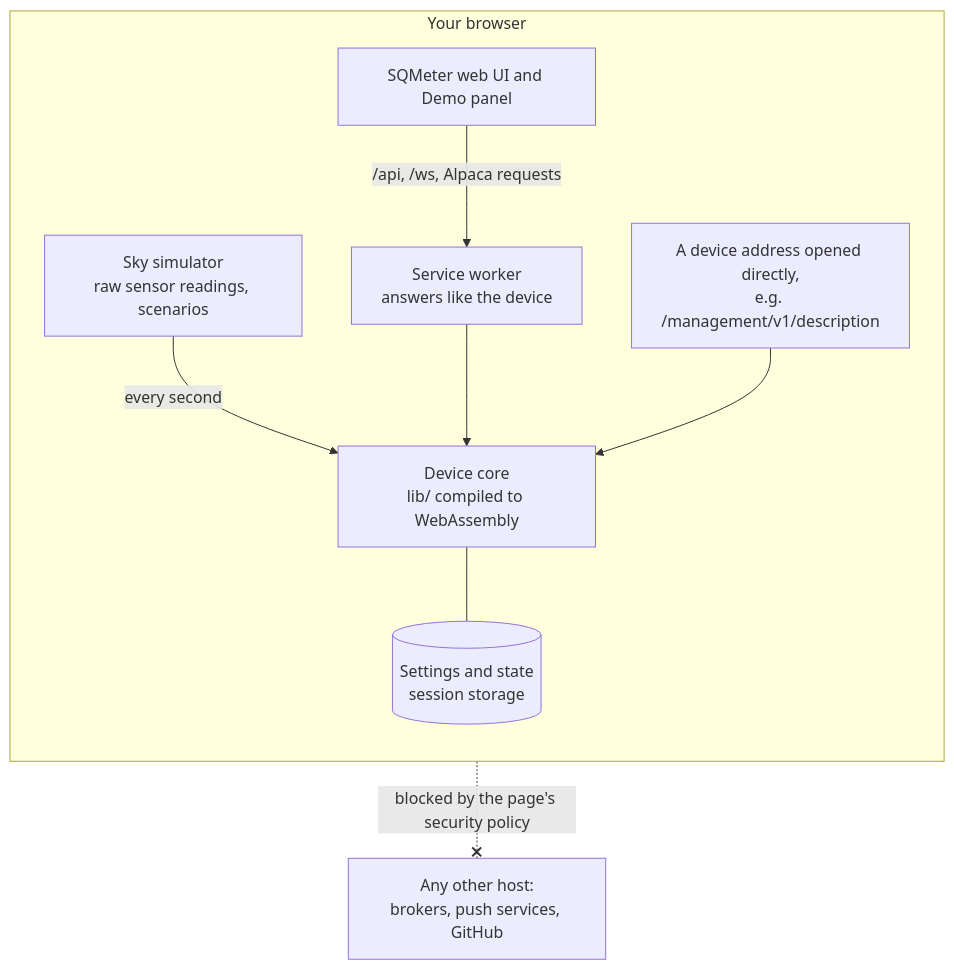
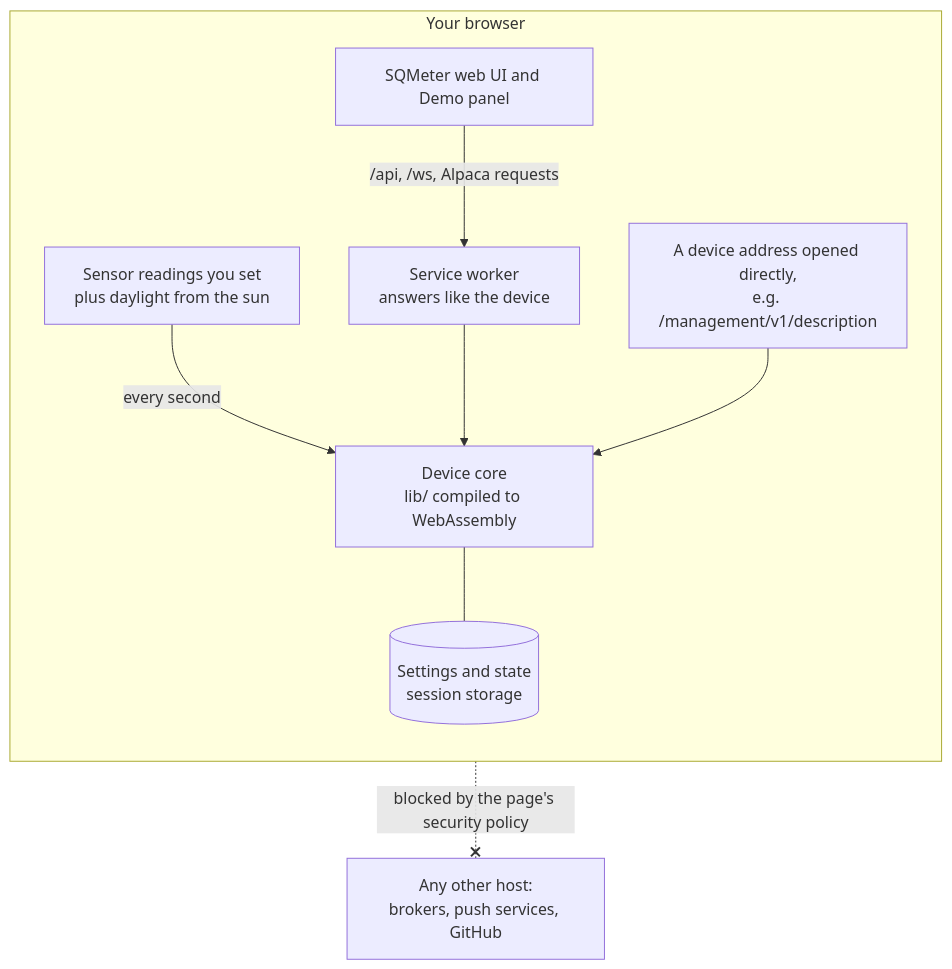
Before and after one commit to DeanJ87/SQMeter: the diagram in docs/live-demo.md, drawn with Mermaid. The commit also changed other lines of this file and 2 other files, not shown here.

Commit message:
docs: demo diagram shows the sensor readings you set; confirm DIA-06/11/12 after 019

````diff
--- a/docs/live-demo.md
+++ b/docs/live-demo.md
@@ -137,14 +137,14 @@
 ```mermaid
 flowchart TB
     accTitle: How the demo works
-    accDescr: Everything runs in your browser. The sky simulator invents raw sensor readings and feeds the device core, the firmware's own logic compiled to WebAssembly, once a second. A service worker answers the web UI's requests from that core, and device addresses opened directly are answered the same way. The page's security policy blocks every other host.
+    accDescr: Everything runs in your browser. The sensor readings you set in the Demo panel, with daylight from the sun at the device's clock and place, feed the device core, the firmware's own logic compiled to WebAssembly, once a second. A service worker answers the web UI's requests from that core, and device addresses opened directly are answered the same way. The page's security policy blocks every other host.
     subgraph browser["Your browser"]
         direction TB
-        SIM["Sky simulator<br/>raw sensor readings, scenarios"] -->|every second| CORE["Device core<br/>lib/ compiled to WebAssembly"]
+        SIM["Sensor readings you set<br/>plus daylight from the sun"] -->|every second| CORE["Device core<br/>lib/ compiled to WebAssembly"]
         CORE --- STORE[("Settings and state<br/>session storage")]
         UI["SQMeter web UI and Demo panel"] -->|"/api, /ws, Alpaca requests"| SW["Service worker<br/>answers like the device"]
         SW --> CORE
         DIRECT["A device address opened directly,<br/>e.g. /management/v1/description"] --> CORE
     end
     browser -.-x|blocked by the page's security policy| OUTSIDE["Any other host:<br/>brokers, push services, GitHub"]
 ```
````
